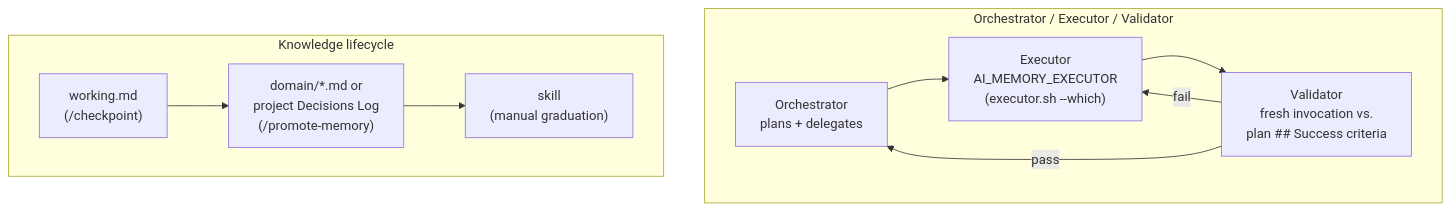
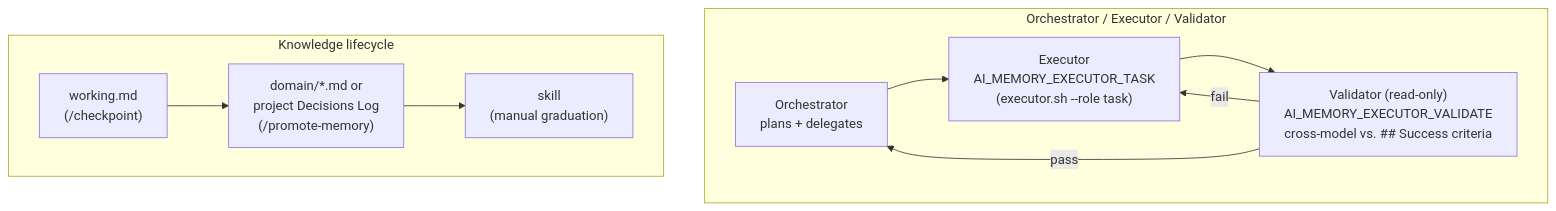
One commit to seyio91/ai-memory-system changed the third of 4 diagrams in docs/showcase.md. Above: the diagram before and after it, drawn with Mermaid. The commit also changed other lines of this file and 13 other files, not shown here.

First line of the commit message:
feat: configurable read-only cross-model Validator role (#47)

````diff
--- a/docs/showcase.md
+++ b/docs/showcase.md
@@ -240,14 +241,14 @@
 ```mermaid
 flowchart TB
   subgraph OEV["Orchestrator / Executor / Validator"]
     direction LR
-    O["Orchestrator<br/>plans + delegates"] --> X["Executor<br/>AI_MEMORY_EXECUTOR<br/>(executor.sh --which)"]
-    X --> V["Validator<br/>fresh invocation vs.<br/>plan ## Success criteria"]
+    O["Orchestrator<br/>plans + delegates"] --> X["Executor<br/>AI_MEMORY_EXECUTOR_TASK<br/>(executor.sh --role task)"]
+    X --> V["Validator (read-only)<br/>AI_MEMORY_EXECUTOR_VALIDATE<br/>cross-model vs. ## Success criteria"]
     V -- pass --> O
     V -- fail --> X
   end
   subgraph LC["Knowledge lifecycle"]
     direction LR
     W["working.md<br/>(/checkpoint)"] --> M["domain/*.md or<br/>project Decisions Log<br/>(/promote-memory)"] --> K["skill<br/>(manual graduation)"]
   end
 ```
````
